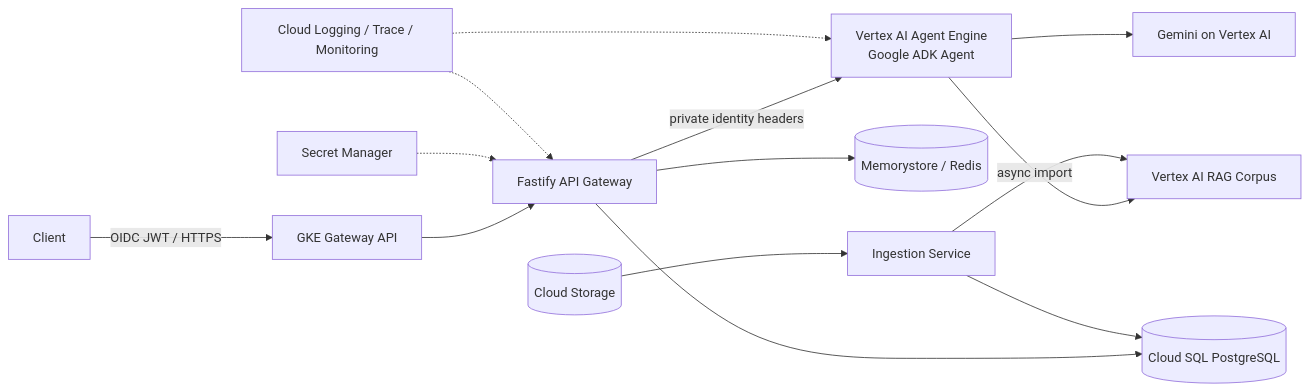
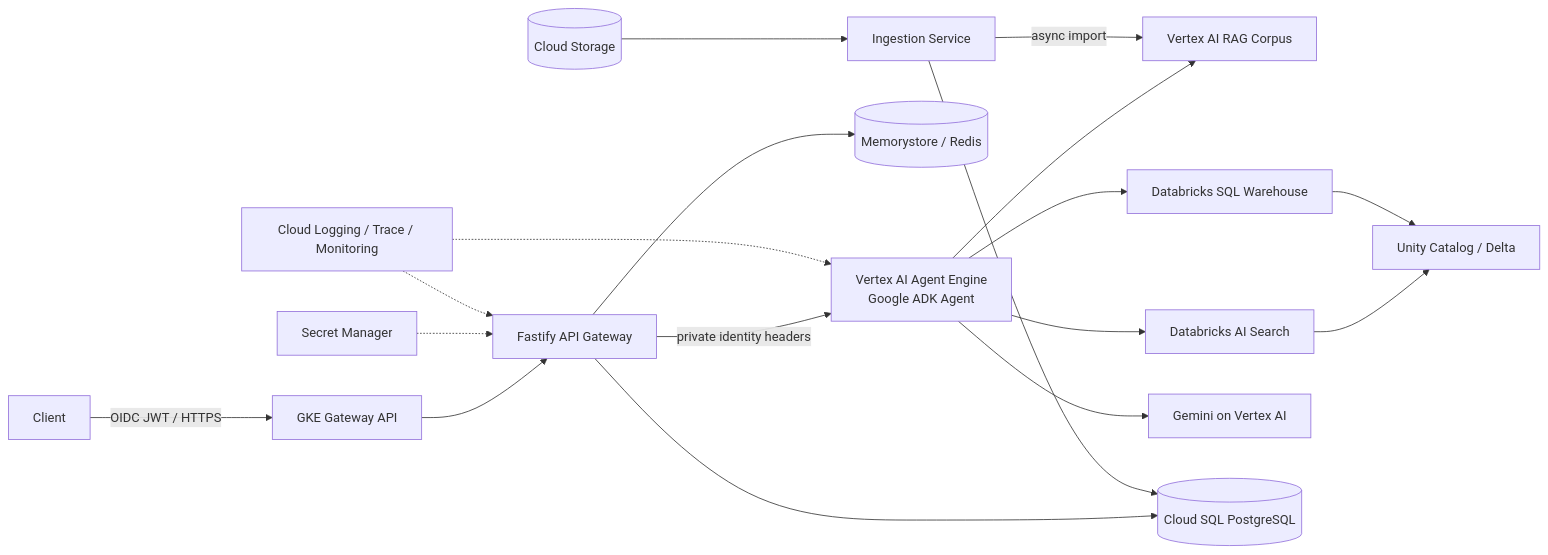
Before and after one commit to biswajitNanda223/it-seemed-like-a-good-idea: the diagram in README.md, drawn with Mermaid. The commit also changed other lines of this file and 18 other files, not shown here.

````diff
--- a/README.md
+++ b/README.md
@@ -9,16 +9,20 @@
 ```mermaid
 flowchart LR
   U[Client] -->|OIDC JWT / HTTPS| GW[GKE Gateway API]
   GW --> API[Fastify API Gateway]
   API -->|private identity headers| AE[Vertex AI Agent Engine\nGoogle ADK Agent]
   AE --> RAG[Vertex AI RAG Corpus]
+  AE --> DBXV[Databricks AI Search]
+  AE --> DBXS[Databricks SQL Warehouse]
+  DBXV --> UC[Unity Catalog / Delta]
+  DBXS --> UC
   AE --> GEM[Gemini on Vertex AI]
   API --> REDIS[(Memorystore / Redis)]
   API --> PG[(Cloud SQL PostgreSQL)]
   ING[Ingestion Service] -->|async import| RAG
   ING --> PG
   GCS[(Cloud Storage)] --> ING
   SM[Secret Manager] -.-> API
   OBS[Cloud Logging / Trace / Monitoring] -.-> API
   OBS -.-> AE
 ```
````
